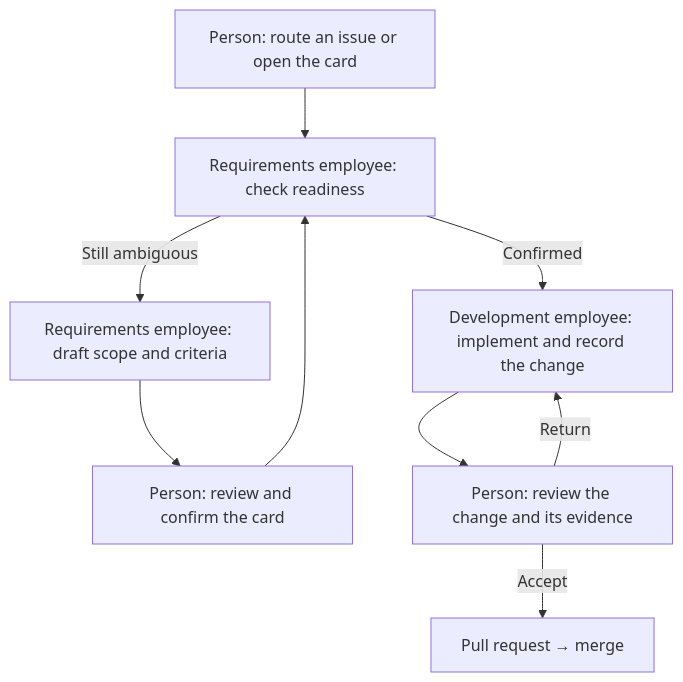
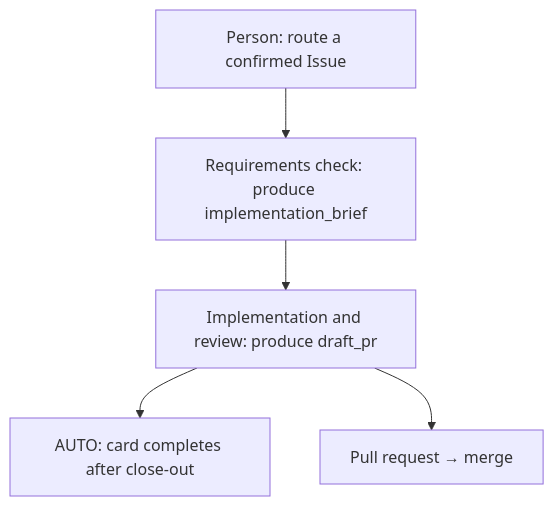
One commit to WeiJiLab/aiworkforce-docs changed the diagram in src/content/docs/software-factory/card-to-pr.md. Above: the diagram before and after it, drawn with Mermaid. The commit also changed other lines of this file and 15 other files, not shown here.

````diff
--- a/src/content/docs/software-factory/card-to-pr.md
+++ b/src/content/docs/software-factory/card-to-pr.md
@@ -16,13 +16,9 @@
 ```mermaid
 flowchart TD
-    ticket["Person: route an issue or open the card"] --> ready["Requirements employee: check readiness"]
-    ready -->|Still ambiguous| spec["Requirements employee: draft scope and criteria"]
-    spec --> approval["Person: review and confirm the card"]
-    approval --> ready
-    ready -->|Confirmed| author["Development employee: implement and record the change"]
-    author --> review["Person: review the change and its evidence"]
-    review -->|Return| author
-    review -->|Accept| next["Pull request → merge"]
-    class ticket,approval,review human
-    class ready,spec,author agent
+    ticket["Person: route a confirmed Issue"] --> brief["Requirements check: produce implementation_brief"]
+    brief --> author["Implementation and review: produce draft_pr"]
+    author --> done["AUTO: card completes after close-out"]
+    author --> next["Pull request → merge"]
+    class ticket human
+    class brief,author,done agent
 ```
````
